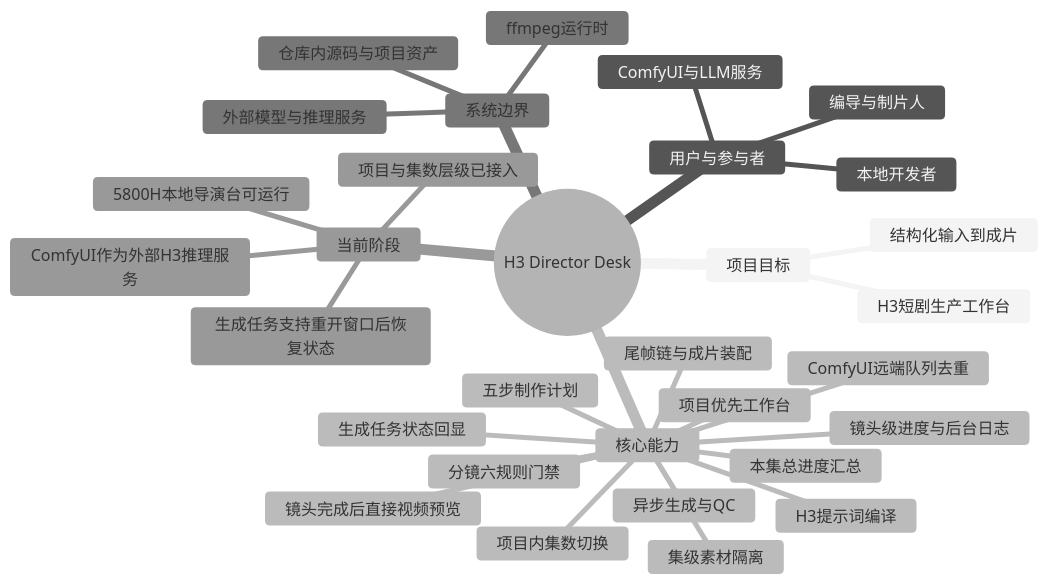
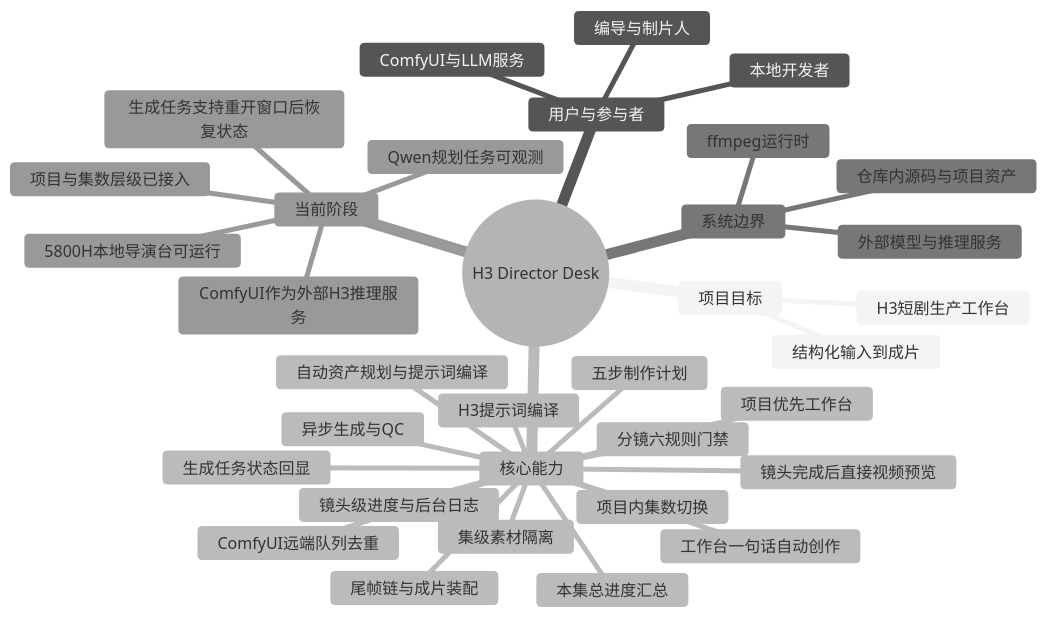
Before and after one commit to Exalex/h3-director-desk: the diagram in docs/project-evolution/mindmaps/project-overview.md, drawn with Mermaid (neutral theme). The commit also changed 23 other files, not shown here.

````diff
--- a/docs/project-evolution/mindmaps/project-overview.md
+++ b/docs/project-evolution/mindmaps/project-overview.md
@@ -3,34 +3,37 @@
 ```mermaid
 mindmap
   root((H3 Director Desk))
     项目目标
       H3短剧生产工作台
       结构化输入到成片
     用户与参与者
       编导与制片人
       本地开发者
       ComfyUI与LLM服务
     核心能力
       项目优先工作台
       项目内集数切换
       集级素材隔离
       五步制作计划
       分镜六规则门禁
       H3提示词编译
       异步生成与QC
       生成任务状态回显
       ComfyUI远端队列去重
       镜头级进度与后台日志
       本集总进度汇总
       镜头完成后直接视频预览
+      工作台一句话自动创作
+      自动资产规划与提示词编译
       尾帧链与成片装配
     系统边界
       仓库内源码与项目资产
       外部模型与推理服务
       ffmpeg运行时
     当前阶段
       5800H本地导演台可运行
       项目与集数层级已接入
+      Qwen规划任务可观测
       ComfyUI作为外部H3推理服务
       生成任务支持重开窗口后恢复状态
 ```
````
